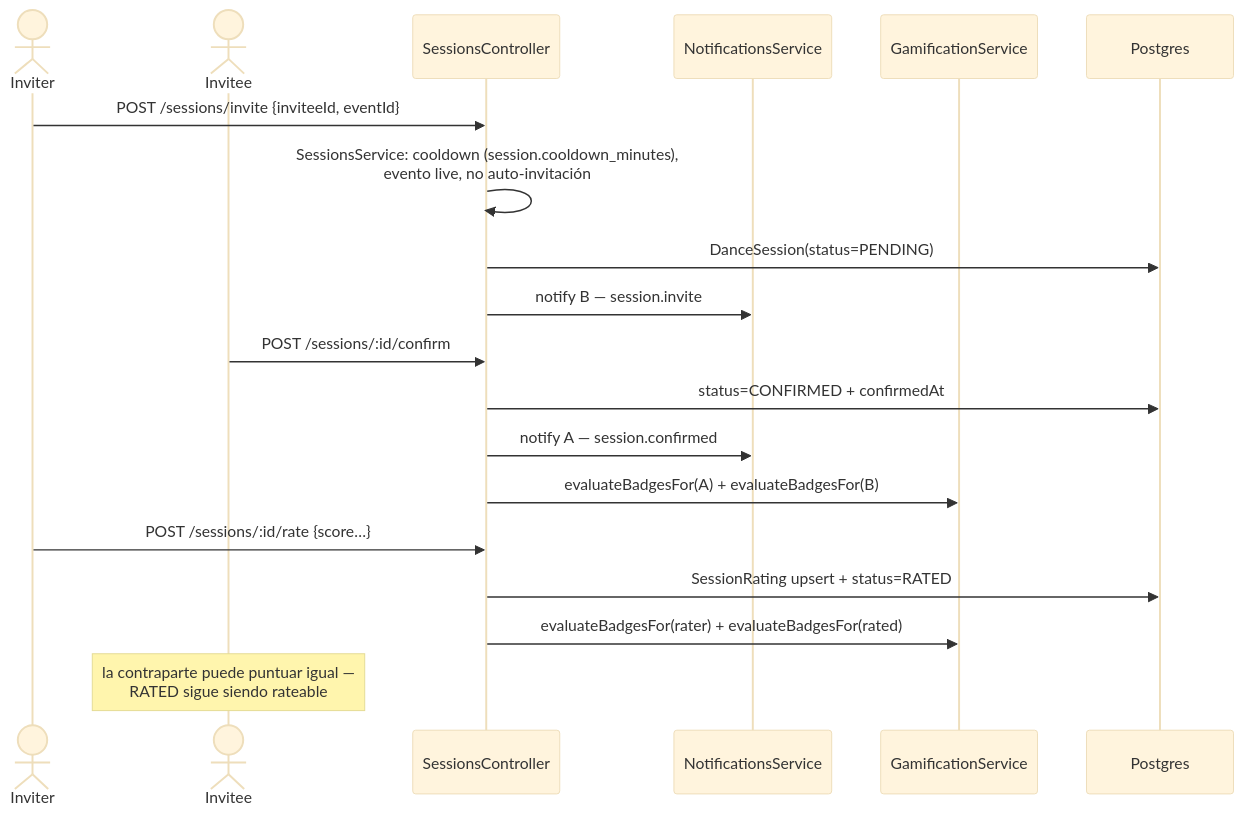
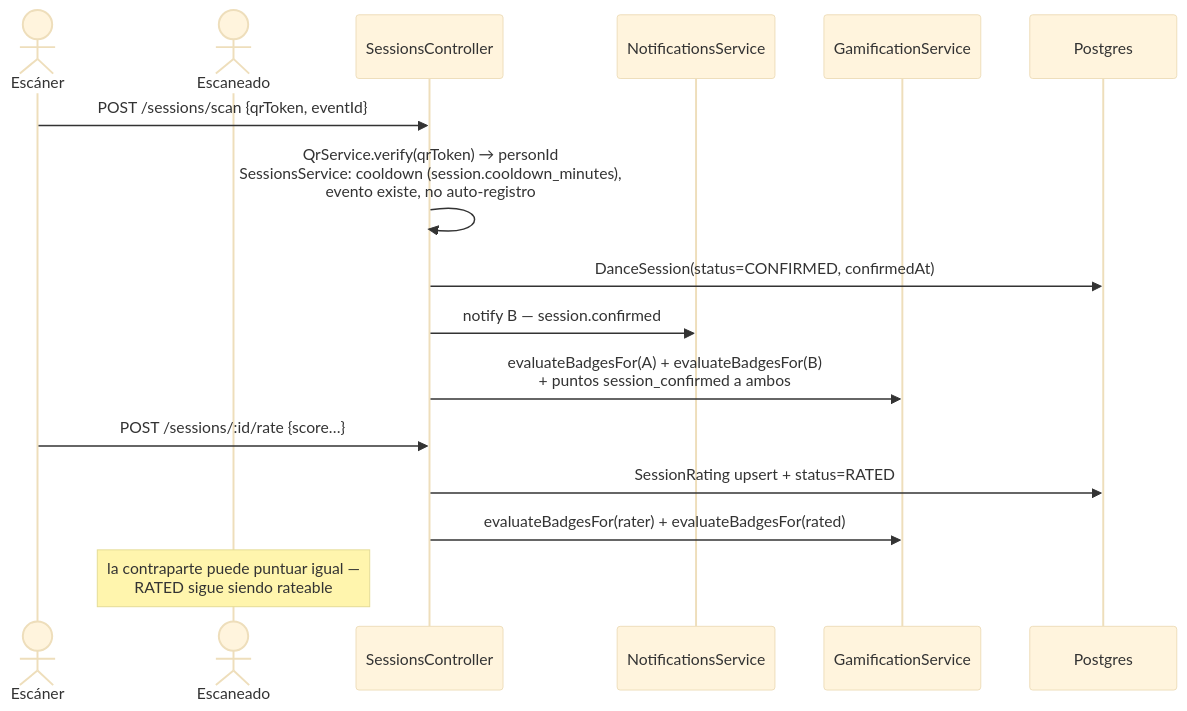
The second of 31 diagrams in docs/flows.md (EduardoSalasG/omnidance), drawn with Mermaid (base theme) before and after one commit. The commit also changed other lines of this file and 29 other files, not shown here.

````diff
--- a/docs/flows.md
+++ b/docs/flows.md
@@ -30,22 +30,19 @@
 ```mermaid
 sequenceDiagram
-    actor A as Inviter
-    actor B as Invitee
+    actor A as Escáner
+    actor B as Escaneado
     participant API as SessionsController
     participant N as NotificationsService
     participant G as GamificationService
     participant DB as Postgres
 
-    A->>API: POST /sessions/invite {inviteeId, eventId}
-    API->>API: SessionsService: cooldown (session.cooldown_minutes),<br/>evento live, no auto-invitación
-    API->>DB: DanceSession(status=PENDING)
-    API->>N: notify B — session.invite
-    B->>API: POST /sessions/:id/confirm
-    API->>DB: status=CONFIRMED + confirmedAt
-    API->>N: notify A — session.confirmed
-    API->>G: evaluateBadgesFor(A) + evaluateBadgesFor(B)
+    A->>API: POST /sessions/scan {qrToken, eventId}
+    API->>API: QrService.verify(qrToken) → personId<br/>SessionsService: cooldown (session.cooldown_minutes),<br/>evento existe, no auto-registro
+    API->>DB: DanceSession(status=CONFIRMED, confirmedAt)
+    API->>N: notify B — session.confirmed
+    API->>G: evaluateBadgesFor(A) + evaluateBadgesFor(B)<br/>+ puntos session_confirmed a ambos
     A->>API: POST /sessions/:id/rate {score…}
     API->>DB: SessionRating upsert + status=RATED
     API->>G: evaluateBadgesFor(rater) + evaluateBadgesFor(rated)
     Note over B: la contraparte puede puntuar igual —<br/>RATED sigue siendo rateable
 ```
````
